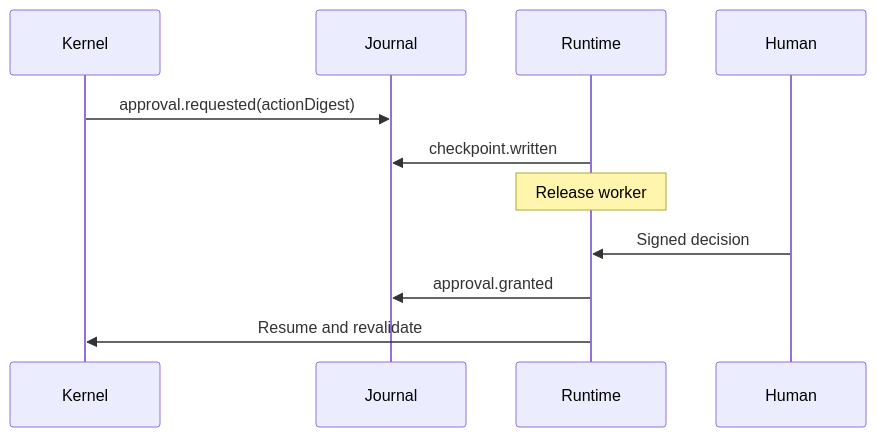
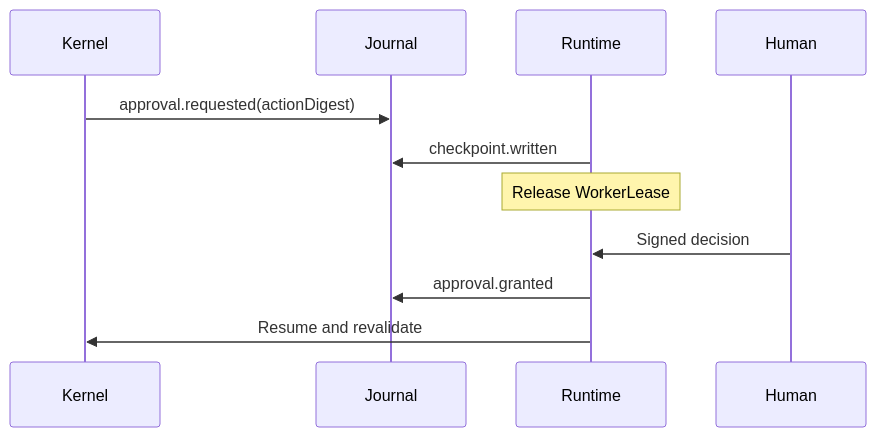
The tenth of 15 diagrams in diagrams/index.mdx (thaithienvanid/agentic-reference-architecture), drawn with Mermaid before and after one commit. The commit also changed other lines of this file, not shown here.

Commit message:
align diagram pack with canonical documentation and runtime model

````diff
--- a/diagrams/index.mdx
+++ b/diagrams/index.mdx
@@ -180,13 +206,14 @@
 ```mermaid
 sequenceDiagram
   participant Kernel
   participant Journal
   participant Runtime
   participant Human
+
   Kernel->>Journal: approval.requested(actionDigest)
   Runtime->>Journal: checkpoint.written
-  Note over Runtime: Release worker
+  Note over Runtime: Release WorkerLease
   Human->>Runtime: Signed decision
   Runtime->>Journal: approval.granted
   Runtime->>Kernel: Resume and revalidate
 ```
````
